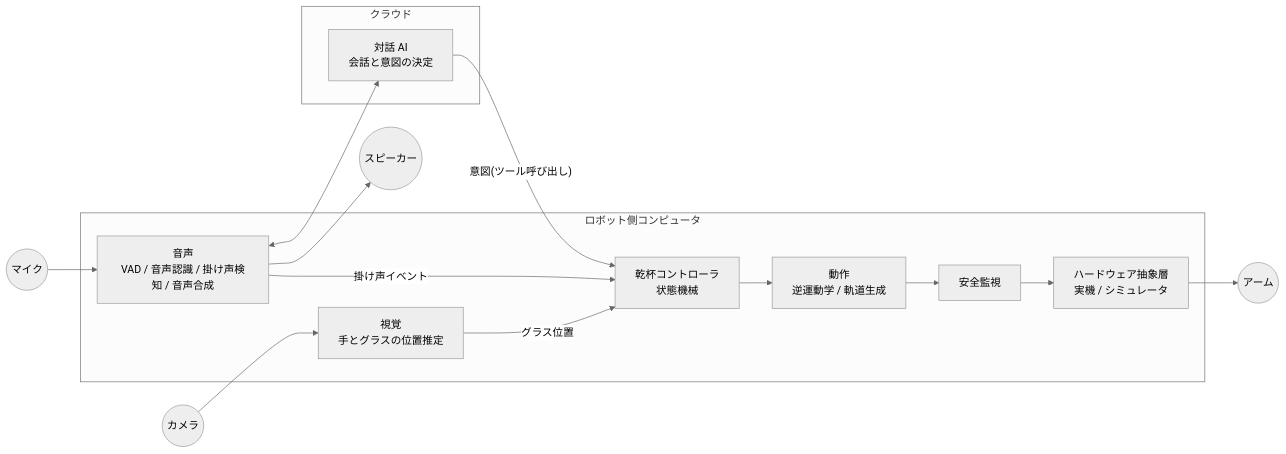
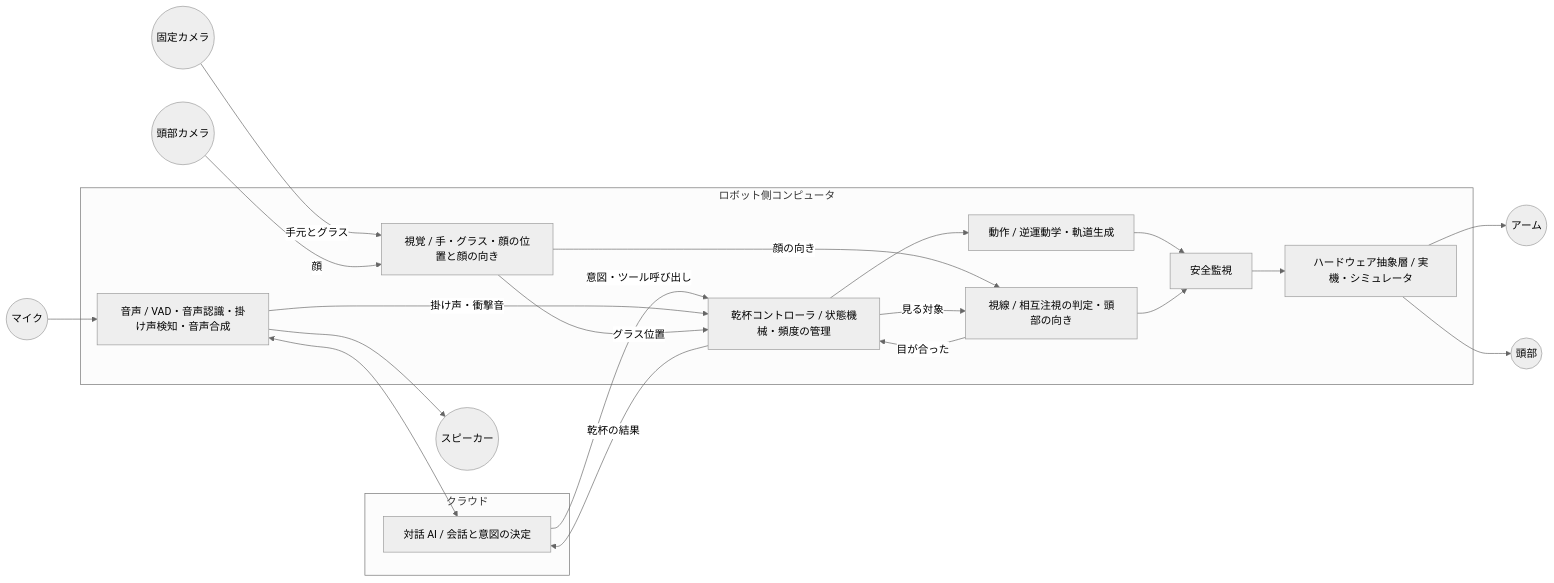
One commit to YukiKudo03/kanpai-robot changed the first of 2 diagrams in docs/architecture.md. Above: the diagram before and after it, drawn with Mermaid (neutral theme). The commit also changed other lines of this file and 6 other files, not shown here.

````diff
--- a/docs/architecture.md
+++ b/docs/architecture.md
@@ -7,22 +7,30 @@
 ```mermaid
-flowchart LR
+graph LR
     subgraph Cloud[クラウド]
-        LLM[対話 AI<br/>会話と意図の決定]
+        LLM[対話 AI / 会話と意図の決定]
     end
     subgraph Robot[ロボット側コンピュータ]
-        Audio[音声<br/>VAD / 音声認識 / 掛け声検知 / 音声合成]
-        Vision[視覚<br/>手とグラスの位置推定]
-        Toast[乾杯コントローラ<br/>状態機械]
-        Motion[動作<br/>逆運動学 / 軌道生成]
+        Audio[音声 / VAD・音声認識・掛け声検知・音声合成]
+        Vision[視覚 / 手・グラス・顔の位置と顔の向き]
+        Gaze[視線 / 相互注視の判定・頭部の向き]
+        Toast[乾杯コントローラ / 状態機械・頻度の管理]
+        Motion[動作 / 逆運動学・軌道生成]
         Safety[安全監視]
-        Driver[ハードウェア抽象層<br/>実機 / シミュレータ]
+        Driver[ハードウェア抽象層 / 実機・シミュレータ]
     end
     Mic((マイク)) --> Audio
-    Cam((カメラ)) --> Vision
+    FixCam((固定カメラ)) -- 手元とグラス --> Vision
+    HeadCam((頭部カメラ)) -- 顔 --> Vision
     Audio <--> LLM
-    LLM -- 意図(ツール呼び出し) --> Toast
-    Audio -- 掛け声イベント --> Toast
+    LLM -- 意図・ツール呼び出し --> Toast
+    Toast -- 乾杯の結果 --> LLM
+    Audio -- 掛け声・衝撃音 --> Toast
     Vision -- グラス位置 --> Toast
+    Vision -- 顔の向き --> Gaze
+    Gaze -- 目が合った --> Toast
+    Toast -- 見る対象 --> Gaze
     Toast --> Motion --> Safety --> Driver --> Arm((アーム))
+    Gaze --> Safety
+    Driver --> Head((頭部))
     Audio --> Spk((スピーカー))
 ```
````
